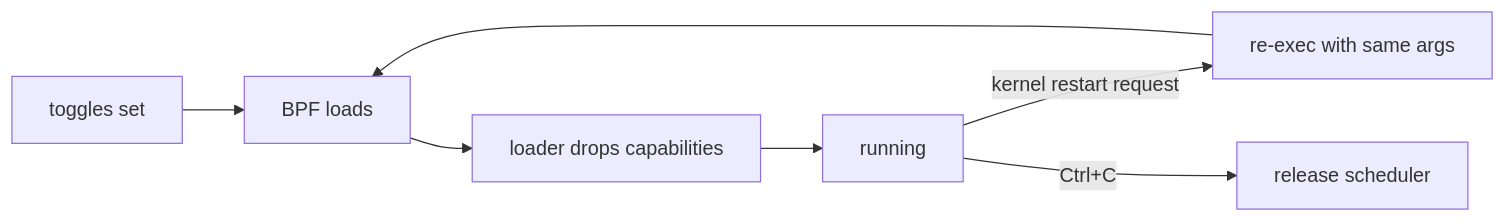
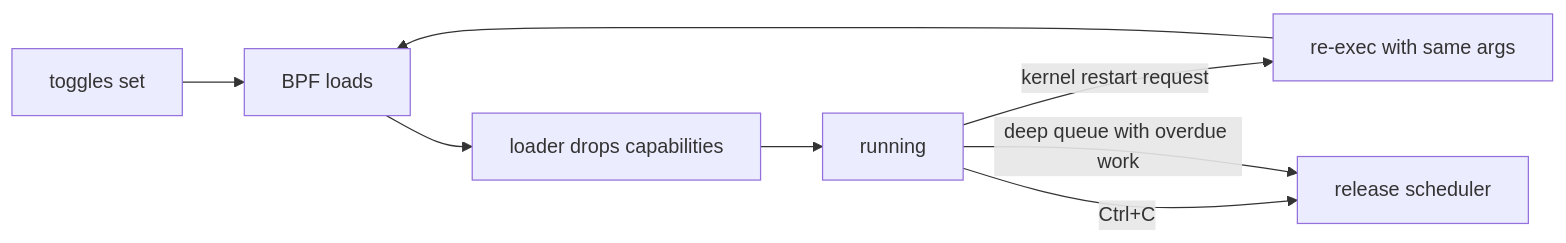
One commit to sched-ext/scx changed the fifth of 5 diagrams in scheds/rust/scx_cake/DESIGN.md. Above: the diagram before and after it, drawn with Mermaid. The commit also changed other lines of this file and 3 other files, not shown here.

````diff
--- a/scheds/rust/scx_cake/DESIGN.md
+++ b/scheds/rust/scx_cake/DESIGN.md
@@ -203,6 +237,7 @@
 ```mermaid
 flowchart LR
     A[toggles set] --> B[BPF loads] --> C[loader drops capabilities] --> D[running]
     D -->|kernel restart request| E[re-exec with same args] --> B
     D -->|Ctrl+C| F[release scheduler]
+    D -->|deep queue with overdue work| F
 ```
````
